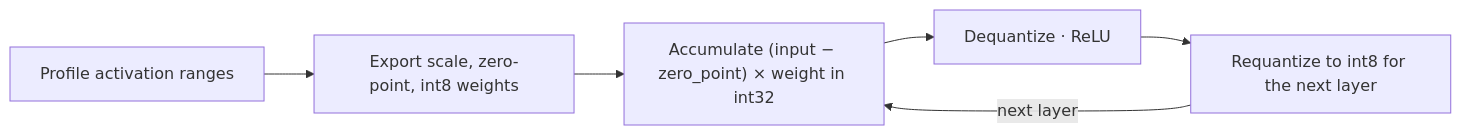
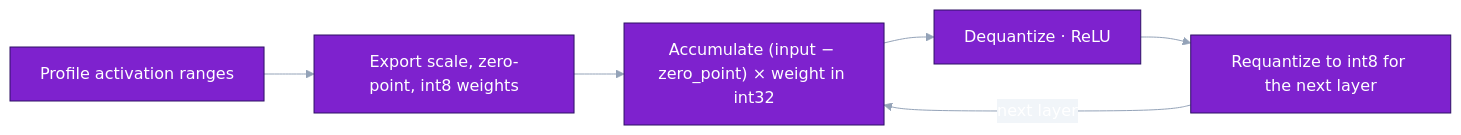
One commit to devjwk/cpre487lab4 changed the second of 2 diagrams in README.md. Above: the diagram before and after it, drawn with Mermaid. The commit also changed other lines of this file and 1 other file, not shown here.

Commit message:
Add concept banner and color theme to README

````diff
--- a/README.md
+++ b/README.md
@@ -109,8 +106,9 @@
 ```mermaid
+%%{init: {"theme": "base", "themeVariables": {"primaryColor": "#7E22CE", "primaryTextColor": "#ffffff", "primaryBorderColor": "#2E1065", "lineColor": "#94A3B8", "secondaryColor": "#7E22CE", "tertiaryColor": "#2E1065", "clusterBkg": "#F8FAFC", "clusterBorder": "#94A3B8", "edgeLabelBackground": "#F1F5F9", "fontFamily": "ui-sans-serif, system-ui, sans-serif"}}}%%
 flowchart LR
     P["Profile activation ranges"] --> X["Export scale, zero-point, int8 weights"]
     X --> A["Accumulate (input − zero_point) × weight in int32"]
     A --> D["Dequantize · ReLU"]
     D --> Q["Requantize to int8 for the next layer"]
     Q -->|"next layer"| A
 ```
````
